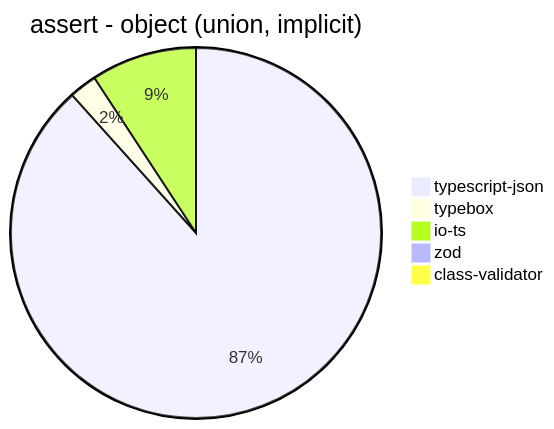
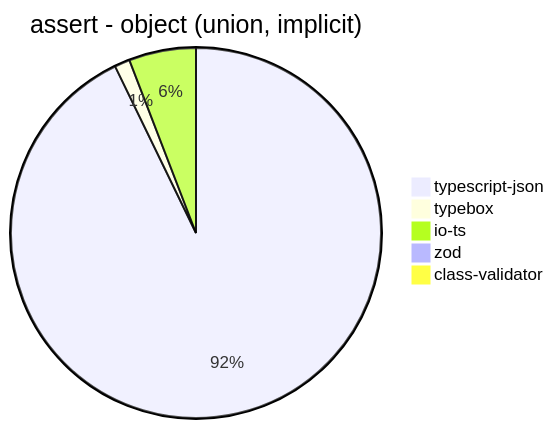
Diagram 12 of 39 in benchmark/results/AMD Ryzen 9 5900HX with Radeon Graphics.md (samchon/typia), drawn with Mermaid before and after one commit. The commit also changed other lines of this file and 3 other files, not shown here.

````diff
--- a/benchmark/results/AMD Ryzen 9 5900HX with Radeon Graphics.md
+++ b/benchmark/results/AMD Ryzen 9 5900HX with Radeon Graphics.md
@@ -156,8 +156,8 @@
 ```mermaid
 pie title assert - object (union, implicit)
-  "typescript-json": 5663.749088256747
-  "typebox": 155.36924723510523
-  "io-ts": 591.4712940742108
-  "zod": 48.05706776797447
-  "class-validator": 18.075588825999635
+  "typescript-json": 5325.822278757041
+  "typebox": 76.83883920423435
+  "io-ts": 335.9542530378842
+  "zod": 18.57467778620167
+  "class-validator": 17.27661155489504
 ```
````
